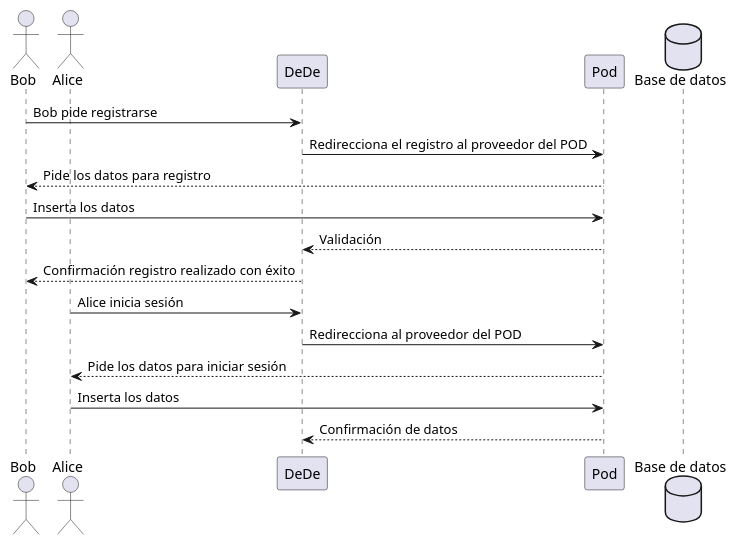
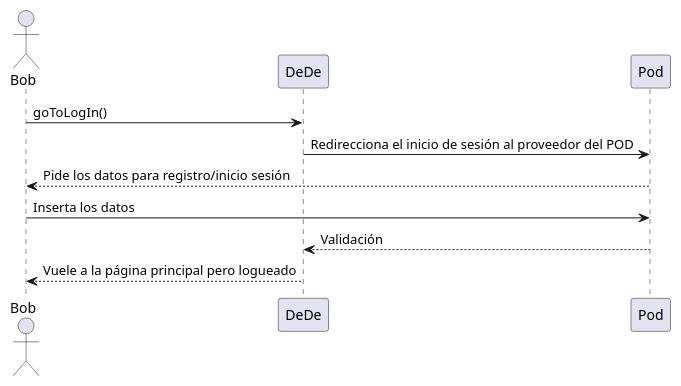
The first of 4 diagrams in docs/06_runtime_view.adoc (Arquisoft/dede_es6b), drawn with PlantUML before and after one commit. The commit also changed other lines of this file and 4 other files, not shown here.

```diff
--- a/docs/06_runtime_view.adoc
+++ b/docs/06_runtime_view.adoc
@@ -9,19 +9,12 @@
 [plantuml,"06_runtime_registro",png]
 ----
 actor Bob
-actor Alice
 participant DeDe
 participant Pod
-database bd as "Base de datos"
-Bob -> DeDe: Bob pide registrarse
-DeDe -> Pod: Redirecciona el registro al proveedor del POD
-Bob <-- Pod: Pide los datos para registro
+Bob -> DeDe: goToLogIn()
+DeDe -> Pod: Redirecciona el inicio de sesión al proveedor del POD
+Bob <-- Pod: Pide los datos para registro/inicio sesión
 Bob -> Pod: Inserta los datos
 DeDe <-- Pod: Validación
-Bob <-- DeDe: Confirmación registro realizado con éxito
-Alice -> DeDe: Alice inicia sesión 
-DeDe -> Pod: Redirecciona al proveedor del POD
-Alice <-- Pod: Pide los datos para iniciar sesión
-Alice -> Pod: Inserta los datos
-DeDe <-- Pod: Confirmación de datos
+Bob <-- DeDe: Vuele a la página principal pero logueado
 ----
```
